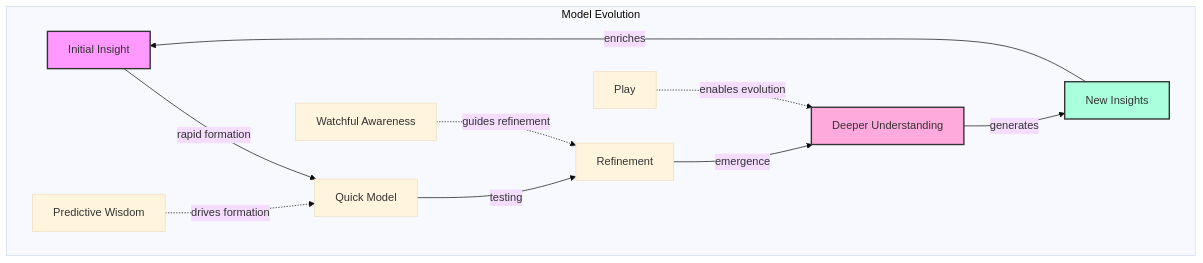
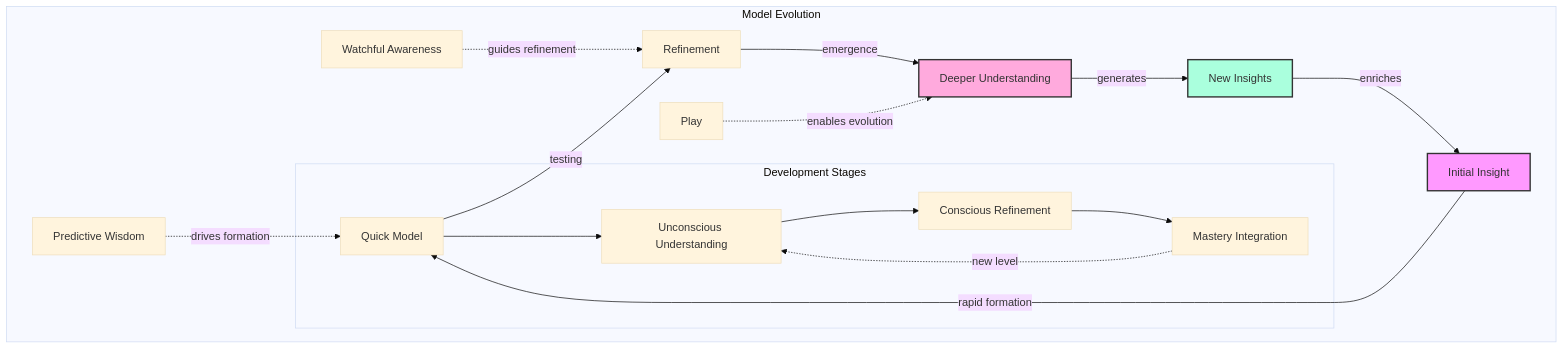
Diagram 12 of 43 in README.md (phillipclapham/neuroweaver), drawn with Mermaid (base theme) before and after one commit. The commit also changed other lines of this file, not shown here.

````diff
--- a/README.md
+++ b/README.md
@@ -524,18 +841,25 @@
 ```mermaid
 graph TD
     subgraph "Model Evolution"
         I[Initial Insight] -->|rapid formation| Q[Quick Model]
         Q -->|testing| R[Refinement]
         R -->|emergence| D[Deeper Understanding]
         D -->|generates| N[New Insights]
         N -->|enriches| I
 
         PW[Predictive Wisdom] -.->|drives formation| Q
         WA[Watchful Awareness] -.->|guides refinement| R
         P[Play] -.->|enables evolution| D
+
+        subgraph "Development Stages"
+            Q --> U[Unconscious Understanding]
+            U --> C[Conscious Refinement]
+            C --> M[Mastery Integration]
+            M -.->|new level| U
+        end
     end
 
     style I fill:#f9f,stroke:#333,stroke-width:2px
     style D fill:#fad,stroke:#333,stroke-width:2px
     style N fill:#afd,stroke:#333,stroke-width:2px
 ```
````
